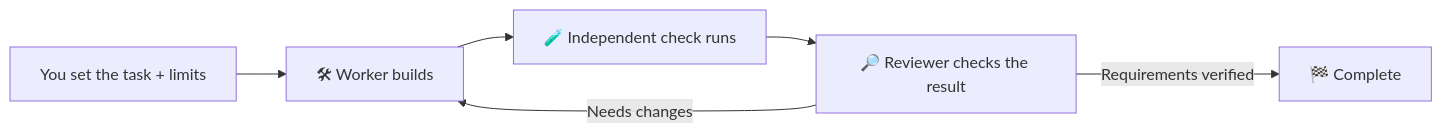
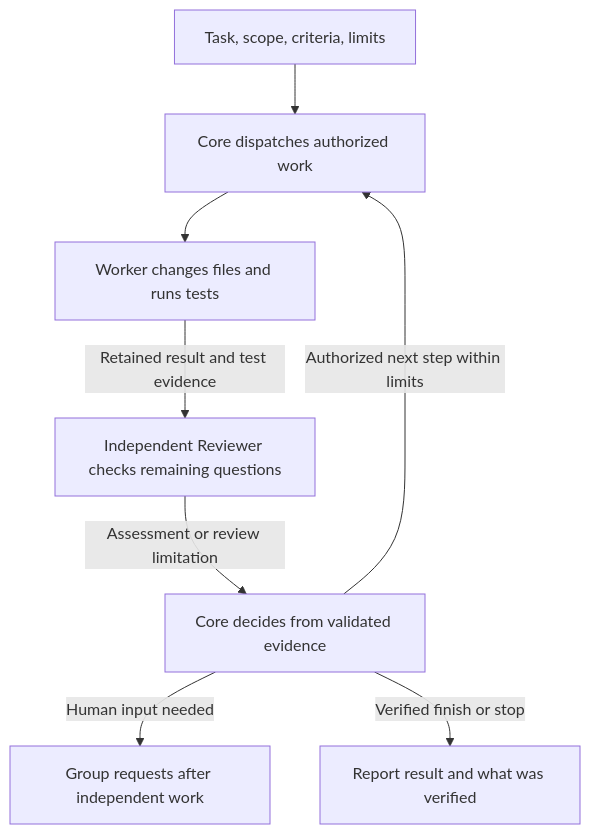
Before and after one commit to SzpakLabs/pi-ping-pong: the diagram in README.md, drawn with Mermaid. The commit also changed other lines of this file and 36 other files, not shown here.

````diff
--- a/README.md
+++ b/README.md
@@ -23,8 +7,10 @@
 ```mermaid
-flowchart LR
-    You["You set the task + limits"] --> Worker["🛠 Worker builds"]
-    Worker --> Check["🧪 Independent check runs"]
-    Check --> Reviewer["🔎 Reviewer checks the result"]
-    Reviewer -->|Needs changes| Worker
-    Reviewer -->|Requirements verified| Done["🏁 Complete"]
+flowchart TD
+    Task["Task, scope, criteria, limits"] --> Core["Core dispatches authorized work"]
+    Core --> Worker["Worker changes files and runs tests"]
+    Worker -->|Retained result and test evidence| Review["Independent Reviewer checks remaining questions"]
+    Review -->|Assessment or review limitation| Decision["Core decides from validated evidence"]
+    Decision -->|Authorized next step within limits| Core
+    Decision -->|Human input needed| Wait["Group requests after independent work"]
+    Decision -->|Verified finish or stop| Report["Report result and what was verified"]
 ```
````
